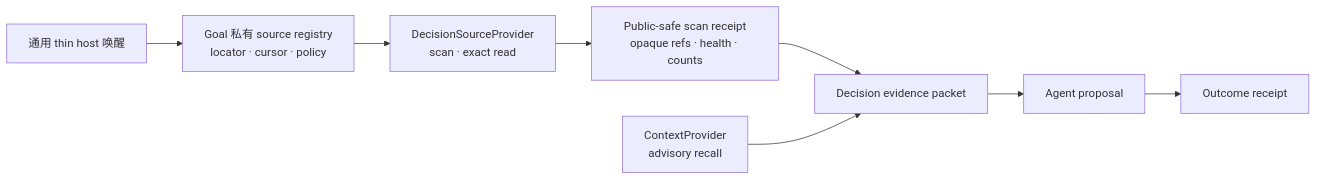
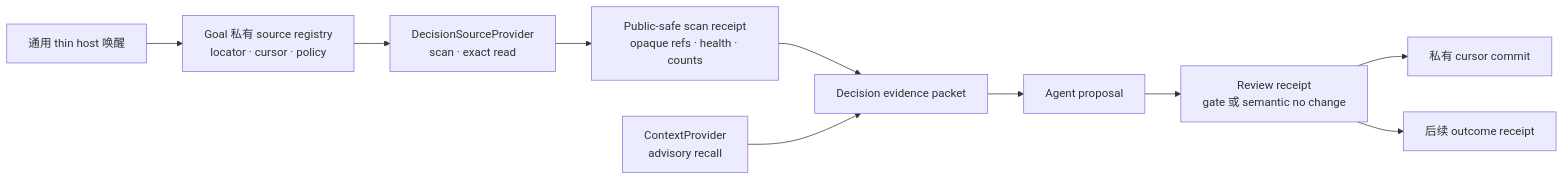
One commit to Alicecooo/loopx changed the second of 2 diagrams in docs/reference/protocols/decision-context-architecture-v0.zh-CN.md. Above: the diagram before and after it, drawn with Mermaid. The commit also changed other lines of this file and 21 other files, not shown here.

````diff
--- a/docs/reference/protocols/decision-context-architecture-v0.zh-CN.md
+++ b/docs/reference/protocols/decision-context-architecture-v0.zh-CN.md
@@ -140,19 +151,23 @@
 ```mermaid
 flowchart LR
     THIN["通用 thin host 唤醒"]
     REG["Goal 私有 source registry<br/>locator · cursor · policy"]
     SOURCE["DecisionSourceProvider<br/>scan · exact read"]
     RECEIPT["Public-safe scan receipt<br/>opaque refs · health · counts"]
     RECALL["ContextProvider<br/>advisory recall"]
     EVIDENCE["Decision evidence packet"]
     AGENT["Agent proposal"]
-    OUTCOME["Outcome receipt"]
+    REVIEW["Review receipt<br/>gate 或 semantic no change"]
+    CURSOR["私有 cursor commit"]
+    OUTCOME["后续 outcome receipt"]
 
     THIN --> REG
     REG --> SOURCE
     SOURCE --> RECEIPT
     RECEIPT --> EVIDENCE
     RECALL --> EVIDENCE
     EVIDENCE --> AGENT
-    AGENT --> OUTCOME
+    AGENT --> REVIEW
+    REVIEW --> CURSOR
+    REVIEW --> OUTCOME
 ```
````
